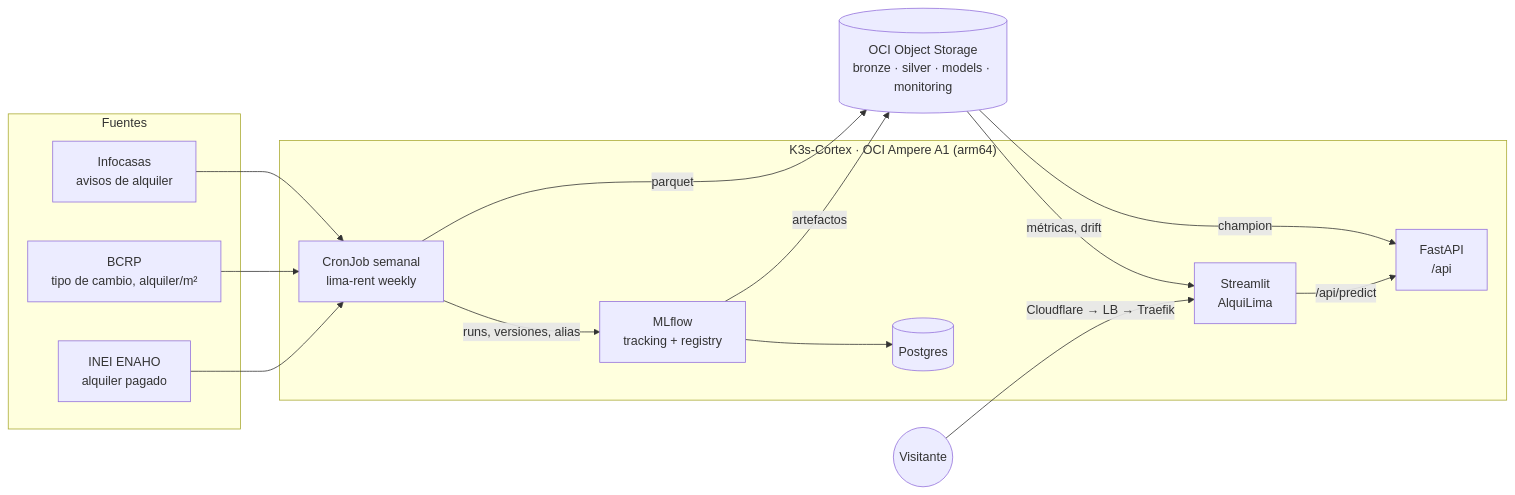
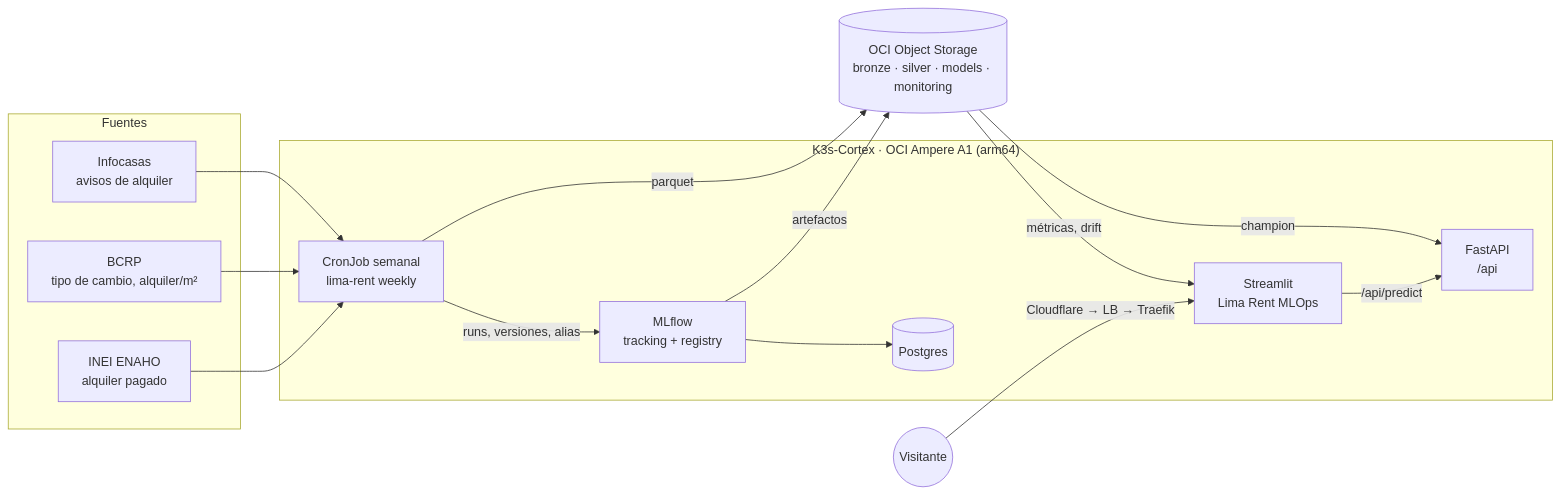
One commit to RenzoAL7/lima-rent-mlops changed the first of 2 diagrams in README.md. Above: the diagram before and after it, drawn with Mermaid. The commit also changed other lines of this file and 6 other files, not shown here.

First line of the commit message:
Renombra la página a Lima Rent MLOps y valida el token de K3s-Cortex

````diff
--- a/README.md
+++ b/README.md
@@ -30,25 +30,25 @@
 ```mermaid
 flowchart LR
   subgraph Fuentes
     IC[Infocasas<br/>avisos de alquiler]
     BCRP[BCRP<br/>tipo de cambio, alquiler/m²]
     ENAHO[INEI ENAHO<br/>alquiler pagado]
   end
   subgraph K3s["K3s-Cortex · OCI Ampere A1 (arm64)"]
     CJ[CronJob semanal<br/>lima-rent weekly]
     MLF[MLflow<br/>tracking + registry]
     PG[(Postgres)]
     API[FastAPI<br/>/api]
-    DASH[Streamlit<br/>AlquiLima]
+    DASH[Streamlit<br/>Lima Rent MLOps]
   end
   OS[(OCI Object Storage<br/>bronze · silver · models · monitoring)]
   IC & BCRP & ENAHO --> CJ
   CJ -->|parquet| OS
   CJ -->|runs, versiones, alias| MLF
   MLF --> PG
   MLF -->|artefactos| OS
   OS -->|champion| API
   OS -->|métricas, drift| DASH
   DASH -->|/api/predict| API
   U((Visitante)) -->|Cloudflare → LB → Traefik| DASH
 ```
````
